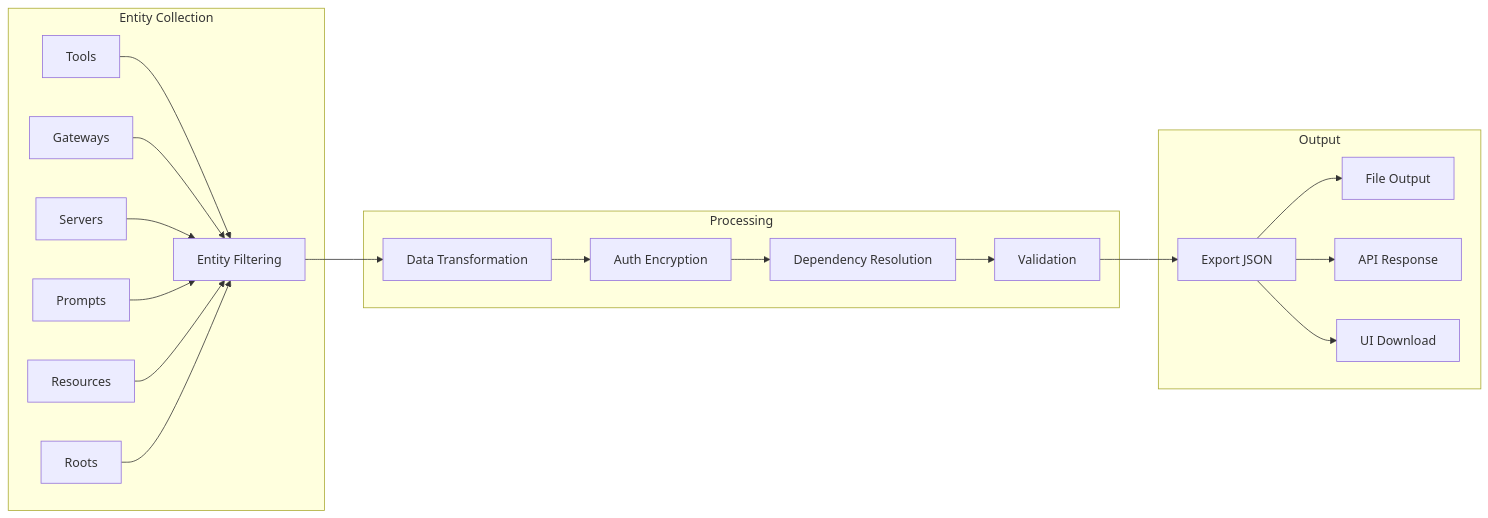
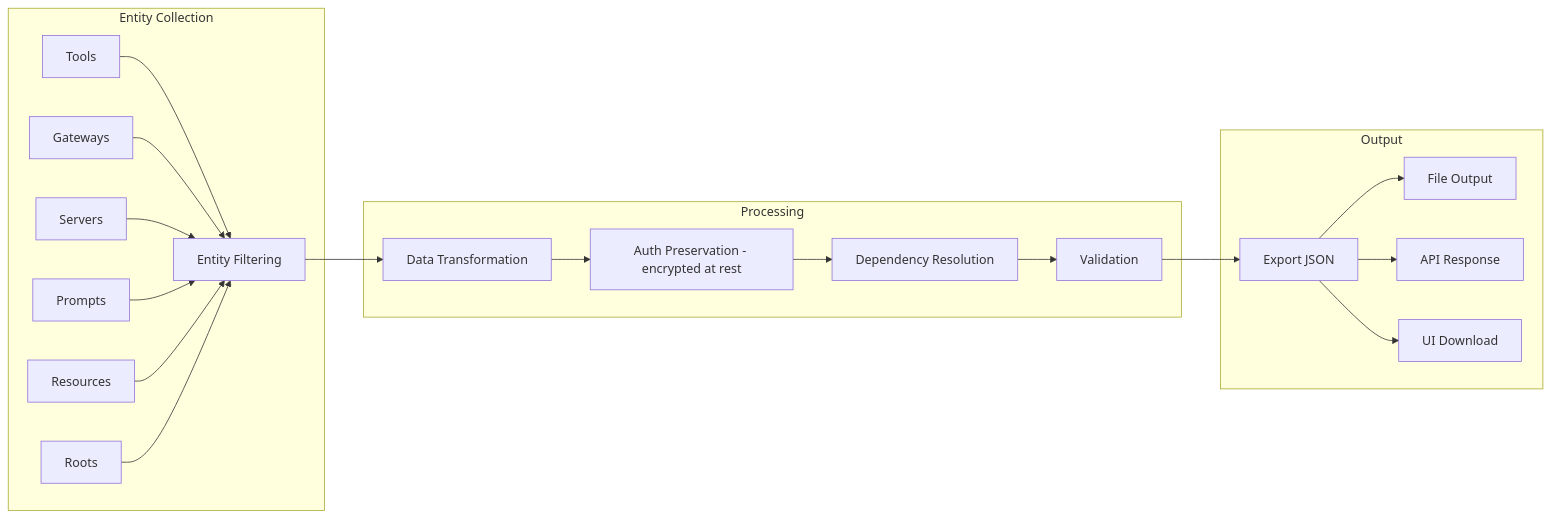
Before and after one commit to tedhabeck/mcp-context-forge: the third of 5 diagrams in docs/docs/architecture/export-import-architecture.md, drawn with Mermaid. The commit also changed other lines of this file and 147 other files, not shown here.

First line of the commit message:
docs: refresh docs formatting, links, and diagrams (#2624)

````diff
--- a/docs/docs/architecture/export-import-architecture.md
+++ b/docs/docs/architecture/export-import-architecture.md
@@ -185,25 +185,25 @@
 ```mermaid
 graph LR
     subgraph "Entity Collection"
         E1[Tools] --> Filter[Entity Filtering]
         E2[Gateways] --> Filter
         E3[Servers] --> Filter
         E4[Prompts] --> Filter
         E5[Resources] --> Filter
         E6[Roots] --> Filter
     end
 
     subgraph "Processing"
         Filter --> Transform[Data Transformation]
-        Transform --> Encrypt[Auth Encryption]
-        Encrypt --> Deps[Dependency Resolution]
+        Transform --> Preserve[Auth Preservation - encrypted at rest]
+        Preserve --> Deps[Dependency Resolution]
         Deps --> Validate[Validation]
     end
 
     subgraph "Output"
         Validate --> JSON[Export JSON]
         JSON --> File[File Output]
         JSON --> API[API Response]
         JSON --> UI[UI Download]
     end
 ```
````
